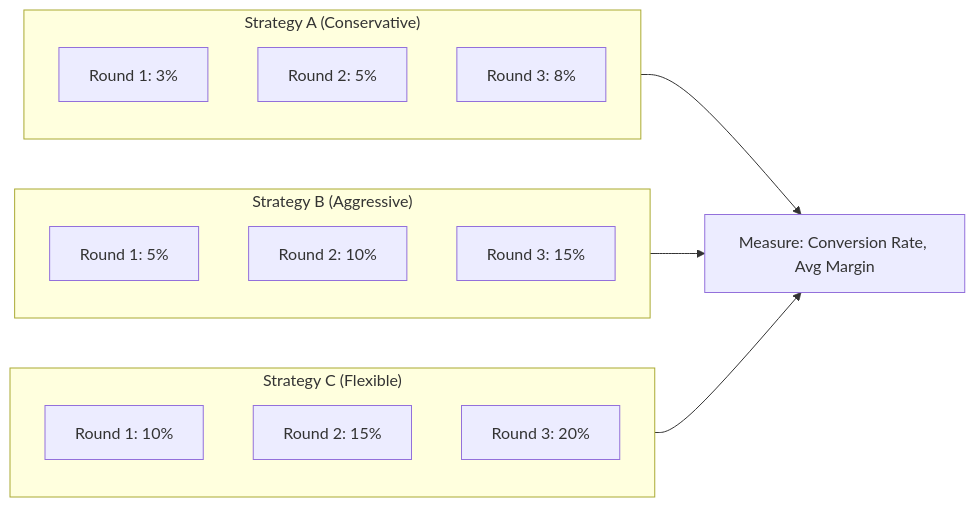
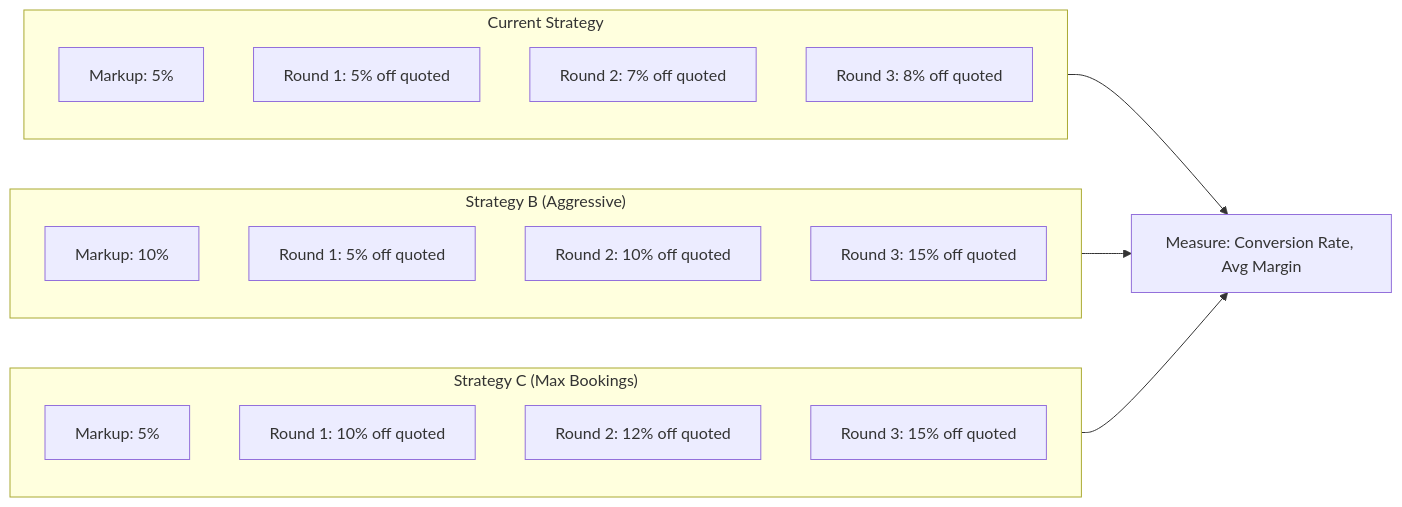
Before and after one commit to miguelpalospou/happy-robot-challenge: the fourth of 13 diagrams in README.md, drawn with Mermaid. The commit also changed other lines of this file, not shown here.

First line of the commit message:
Update README with markup negotiation logic and current strategy values

````diff
--- a/README.md
+++ b/README.md
@@ -125,24 +125,27 @@
 ```mermaid
 flowchart LR
-    subgraph A["Strategy A (Conservative)"]
-        A1[Round 1: 3%]
-        A2[Round 2: 5%]
-        A3[Round 3: 8%]
+    subgraph A["Current Strategy"]
+        A0[Markup: 5%]
+        A1[Round 1: 5% off quoted]
+        A2[Round 2: 7% off quoted]
+        A3[Round 3: 8% off quoted]
     end
-    
+
     subgraph B["Strategy B (Aggressive)"]
-        B1[Round 1: 5%]
-        B2[Round 2: 10%]
-        B3[Round 3: 15%]
+        B0[Markup: 10%]
+        B1[Round 1: 5% off quoted]
+        B2[Round 2: 10% off quoted]
+        B3[Round 3: 15% off quoted]
     end
-    
-    subgraph C["Strategy C (Flexible)"]
-        C1[Round 1: 10%]
-        C2[Round 2: 15%]
-        C3[Round 3: 20%]
+
+    subgraph C["Strategy C (Max Bookings)"]
+        C0[Markup: 5%]
+        C1[Round 1: 10% off quoted]
+        C2[Round 2: 12% off quoted]
+        C3[Round 3: 15% off quoted]
     end
-    
+
     A --> M[Measure: Conversion Rate, Avg Margin]
     B --> M
     C --> M
 ```
````
